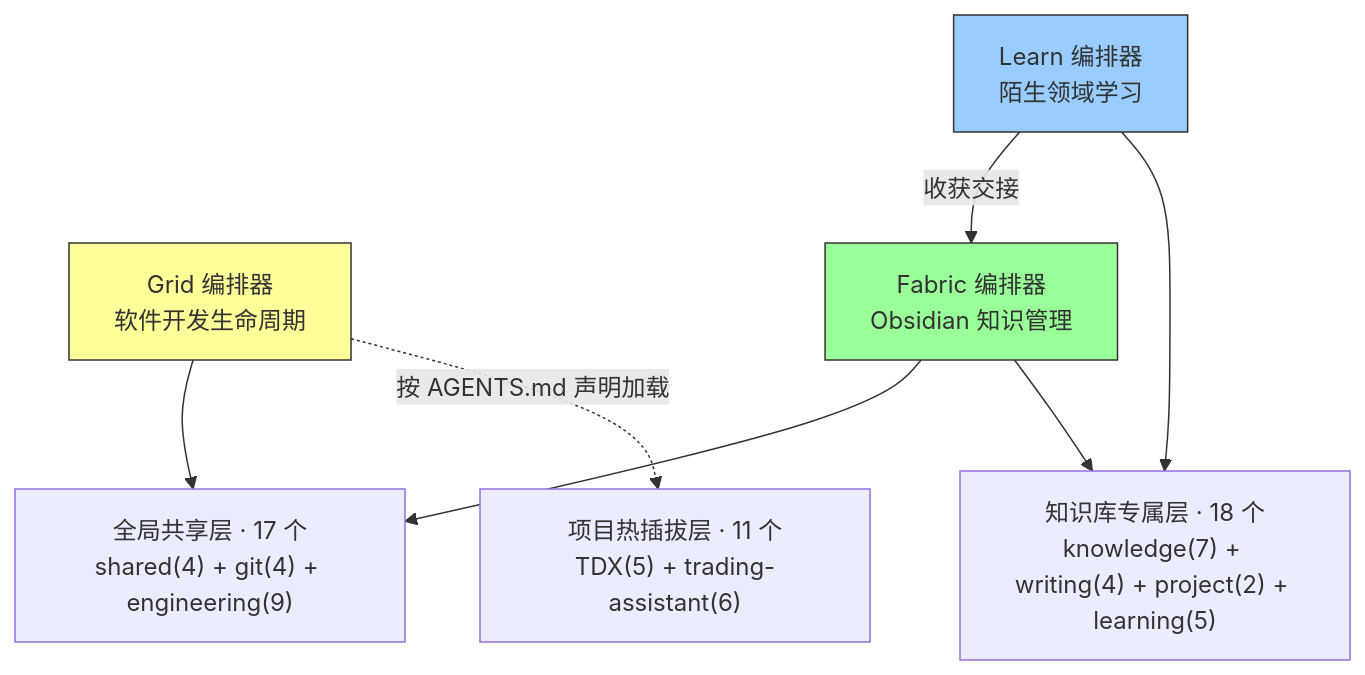
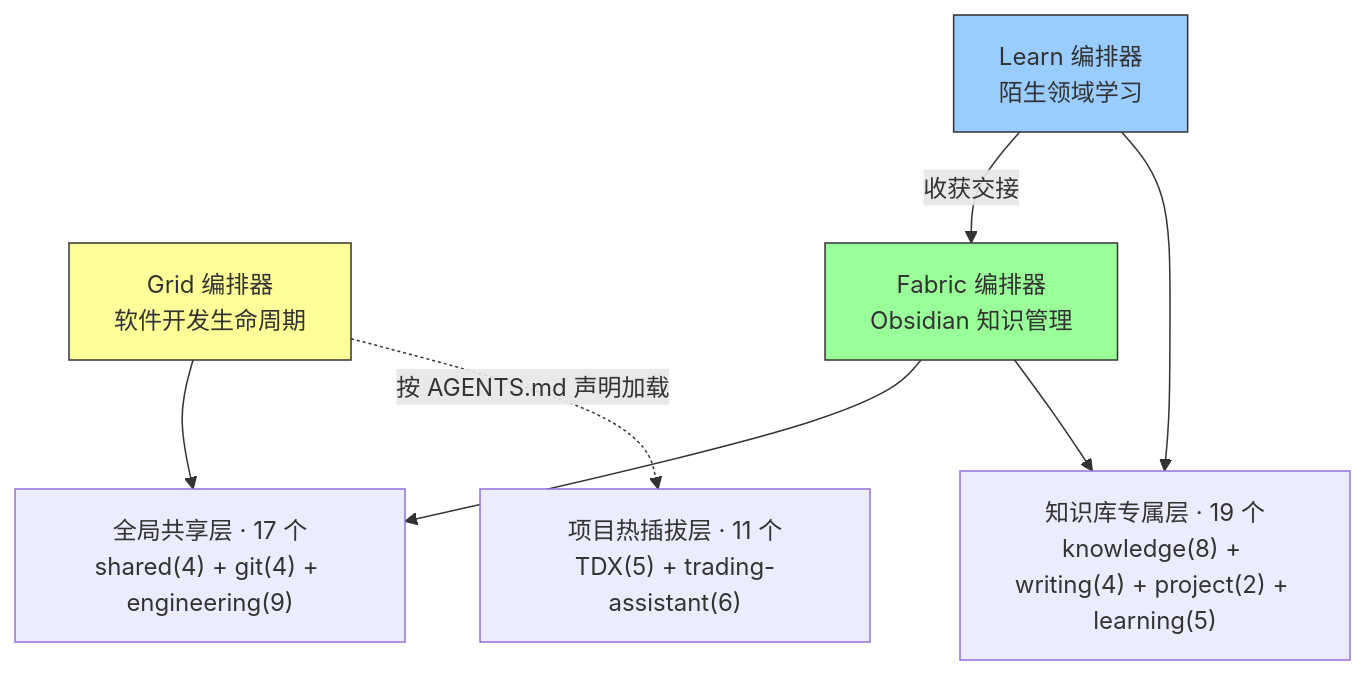
The first of 4 diagrams in README.md (Grid0723/skills), drawn with Mermaid before and after one commit. The commit also changed other lines of this file and 7 other files, not shown here.

````diff
--- a/README.md
+++ b/README.md
@@ -53,20 +53,20 @@
 ```mermaid
 graph TB
     GRID["Grid 编排器<br/>软件开发生命周期"]
     FAB["Fabric 编排器<br/>Obsidian 知识管理"]
     LEARN["Learn 编排器<br/>陌生领域学习"]
     SHARED["全局共享层 · 17 个<br/>shared(4) + git(4) + engineering(9)"]
-    VAULT["知识库专属层 · 18 个<br/>knowledge(7) + writing(4) + project(2) + learning(5)"]
+    VAULT["知识库专属层 · 19 个<br/>knowledge(8) + writing(4) + project(2) + learning(5)"]
     PROJ["项目热插拔层 · 11 个<br/>TDX(5) + trading-assistant(6)"]
 
     GRID --> SHARED
     FAB --> SHARED
     LEARN -->|收获交接| FAB
     FAB --> VAULT
     LEARN --> VAULT
     GRID -.->|按 AGENTS.md 声明加载| PROJ
 
     style GRID fill:#ff9,stroke:#333
     style FAB fill:#9f9,stroke:#333
     style LEARN fill:#9cf,stroke:#333
 ```
````
